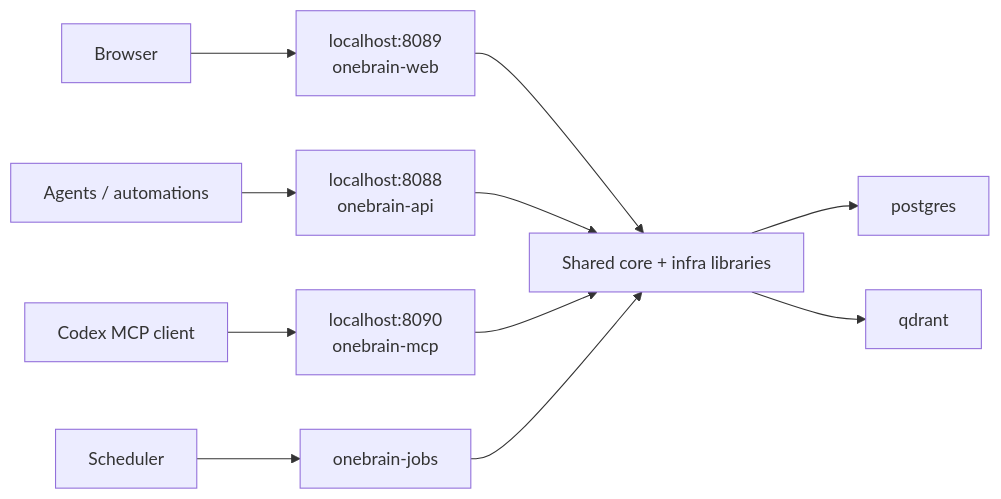
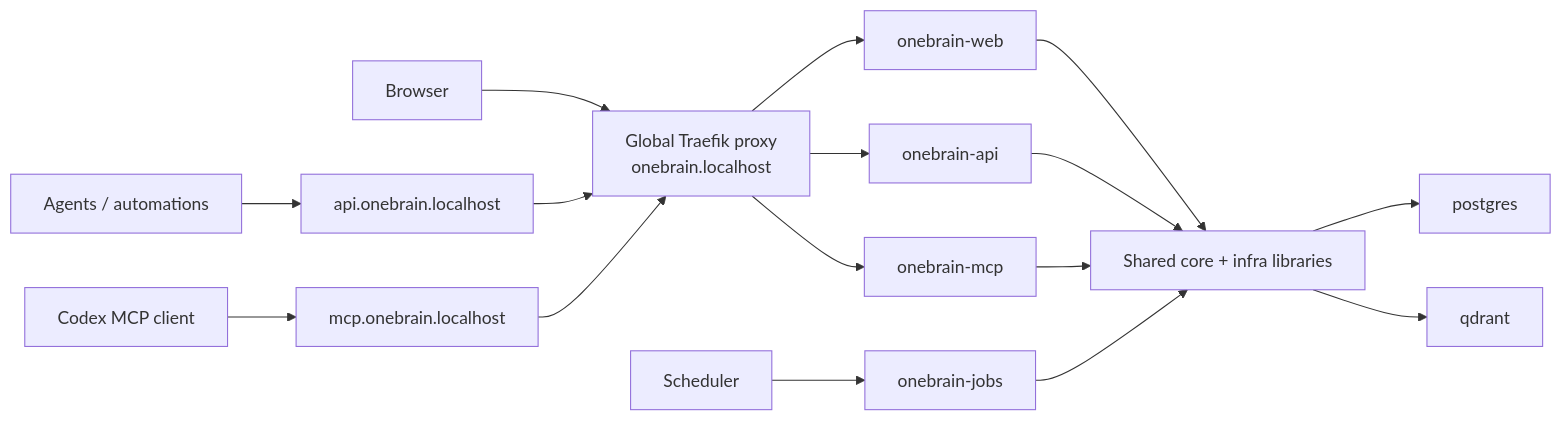
Before and after one commit to viamus/one-brain: the third of 3 diagrams in README.md, drawn with Mermaid. The commit also changed other lines of this file and 27 other files, not shown here.

````diff
--- a/README.md
+++ b/README.md
@@ -83,13 +85,18 @@
 ```mermaid
 flowchart LR
-    Browser["Browser"] --> WebPort["localhost:8089<br/>onebrain-web"]
-    Agents["Agents / automations"] --> ApiPort["localhost:8088<br/>onebrain-api"]
-    Codex["Codex MCP client"] --> McpPort["localhost:8090<br/>onebrain-mcp"]
+    Browser["Browser"] --> Proxy["Global Traefik proxy<br/>onebrain.localhost"]
+    Agents["Agents / automations"] --> ApiHost["api.onebrain.localhost"]
+    Codex["Codex MCP client"] --> McpHost["mcp.onebrain.localhost"]
+    ApiHost --> Proxy
+    McpHost --> Proxy
+    Proxy --> WebPort["onebrain-web"]
+    Proxy --> ApiPort["onebrain-api"]
+    Proxy --> McpPort["onebrain-mcp"]
     Worker["Scheduler"] --> JobsSvc["onebrain-jobs"]
     WebPort --> Shared["Shared core + infra libraries"]
     ApiPort --> Shared
     McpPort --> Shared
     JobsSvc --> Shared
     Shared --> Postgres["postgres"]
     Shared --> Qdrant["qdrant"]
 ```
````
